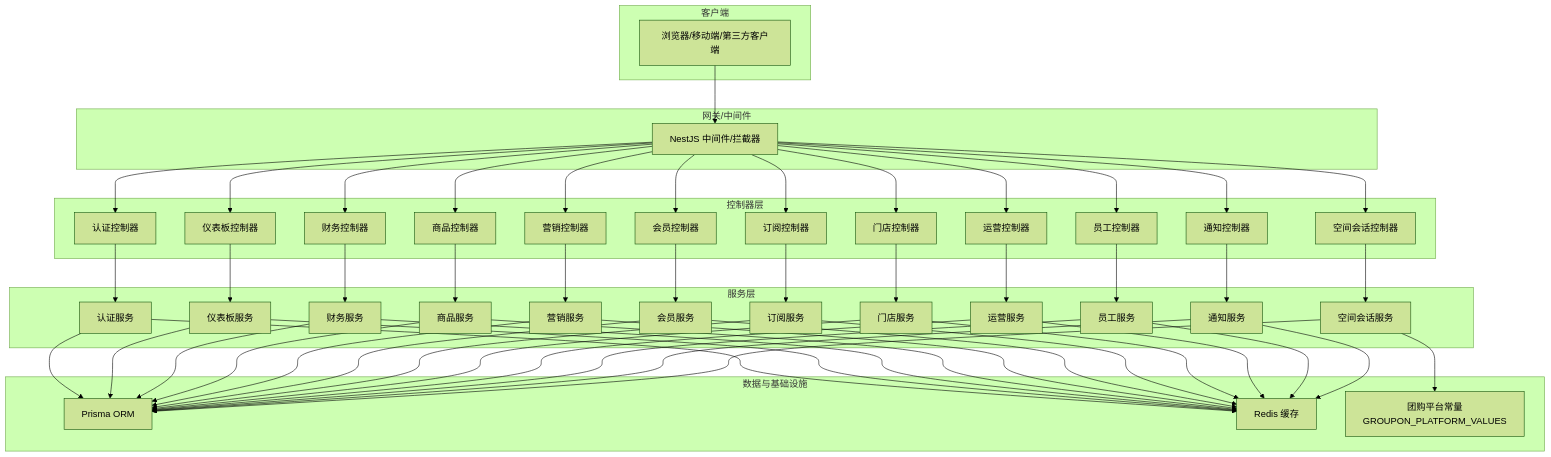
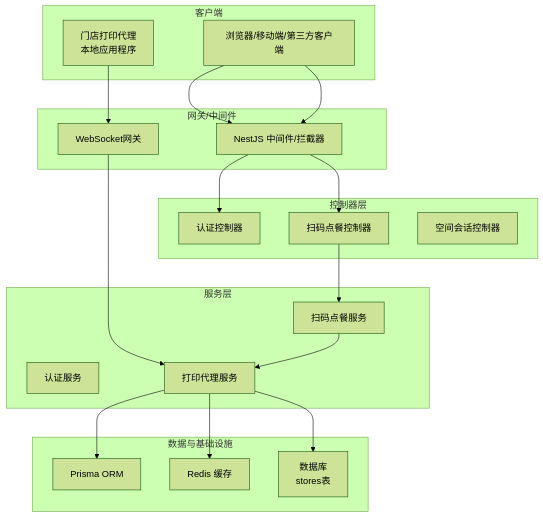
One commit to rc558620/purelyprofit-server changed the second of 14 diagrams in .qoder/repowiki/zh/content/API 接口文档/API 接口文档.md. Above: the diagram before and after it, drawn with Mermaid (forest theme). The commit also changed other lines of this file and 14 other files, not shown here.

````diff
--- a/.qoder/repowiki/zh/content/API 接口文档/API 接口文档.md
+++ b/.qoder/repowiki/zh/content/API 接口文档/API 接口文档.md
@@ -325,89 +330,33 @@
 graph TB
 subgraph "客户端"
 CLI["浏览器/移动端/第三方客户端"]
+AGENT["门店打印代理<br/>本地应用程序"]
 end
 subgraph "网关/中间件"
 MW["NestJS 中间件/拦截器"]
+WS["WebSocket网关"]
 end
 subgraph "控制器层"
 AC["认证控制器"]
-DC["仪表板控制器"]
-FC["财务控制器"]
-GC["商品控制器"]
-MC["营销控制器"]
-MeC["会员控制器"]
-SC["订阅控制器"]
-StC["门店控制器"]
-OC["运营控制器"]
-EC["员工控制器"]
-NC["通知控制器"]
+SC["扫码点餐控制器"]
 SSC["空间会话控制器"]
 end
 subgraph "服务层"
 AS["认证服务"]
-DS["仪表板服务"]
-FS["财务服务"]
-GS["商品服务"]
-MS["营销服务"]
-MeS["会员服务"]
-SS["订阅服务"]
-StS["门店服务"]
-OS["运营服务"]
-ES["员工服务"]
-NS["通知服务"]
-SSS["空间会话服务"]
+SOS["扫码点餐服务"]
+PAS["打印代理服务"]
 end
 subgraph "数据与基础设施"
 PRISMA["Prisma ORM"]
 REDIS["Redis 缓存"]
-GP["团购平台常量<br/>GROUPON_PLATFORM_VALUES"]
+DB["数据库<br/>stores表"]
 end
 CLI --> MW --> AC
-MW --> DC
-MW --> FC
-MW --> GC
-MW --> MC
-MW --> MeC
-MW --> SC
-MW --> StC
-MW --> OC
-MW --> EC
-MW --> NC
-MW --> SSC
-AC --> AS
-DC --> DS
-FC --> FS
-GC --> GS
-MC --> MS
-MeC --> MeS
-SC --> SS
-StC --> StS
-OC --> OS
-EC --> ES
-NC --> NS
-SSC --> SSS
-AS --> PRISMA
-DS --> PRISMA
-FS --> PRISMA
-GS --> PRISMA
-MS --> PRISMA
-MeS --> PRISMA
-SS --> PRISMA
-StS --> PRISMA
-OS --> PRISMA
-ES --> PRISMA
-NS --> PRISMA
-SSS --> PRISMA
-AS --> REDIS
-DS --> REDIS
-FS --> REDIS
-GS --> REDIS
-MS --> REDIS
-MeS --> REDIS
-SS --> REDIS
-StS --> REDIS
-OS --> REDIS
-ES --> REDIS
-NS --> REDIS
-SSS --> GP
+CLI --> MW --> SC
+AGENT --> WS --> PAS
+SC --> SOS
+SOS --> PAS
+PAS --> PRISMA
+PAS --> REDIS
+PAS --> DB
 ```
````
